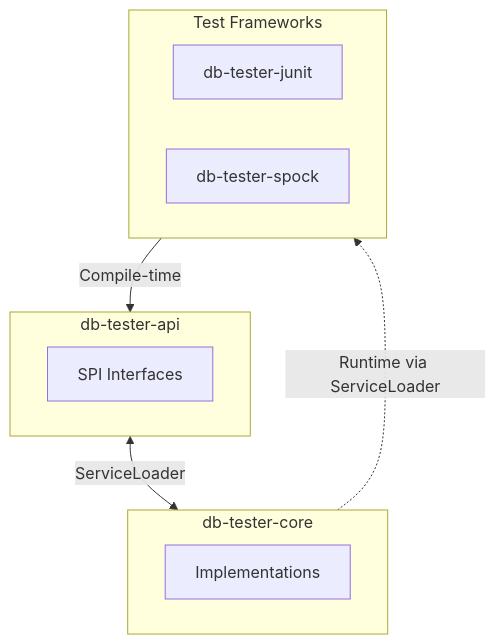
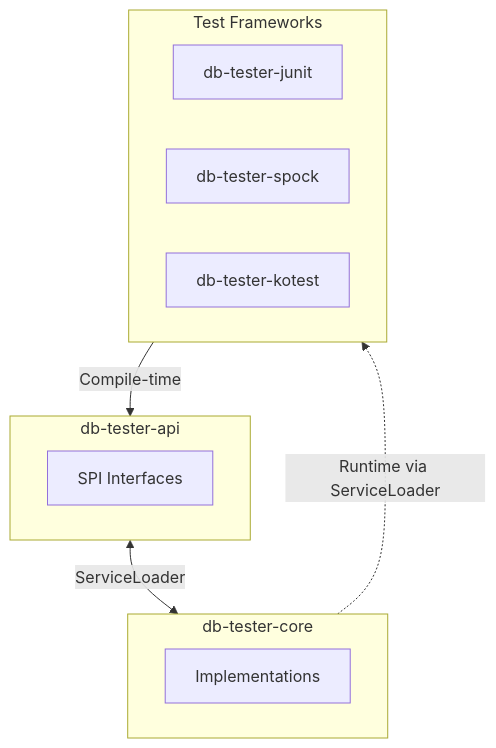
The diagram in docs/specs/08-spi.md (seijikohara/db-tester), drawn with Mermaid before and after one commit. The commit also changed other lines of this file and 288 other files, not shown here.

````diff
--- a/docs/specs/08-spi.md
+++ b/docs/specs/08-spi.md
@@ -10,19 +10,20 @@
 ```mermaid
 flowchart TB
     subgraph API[db-tester-api]
         SPI[SPI Interfaces]
     end
 
     subgraph CORE[db-tester-core]
         IMPL[Implementations]
     end
 
     subgraph Frameworks[Test Frameworks]
         JUNIT[db-tester-junit]
         SPOCK[db-tester-spock]
+        KOTEST[db-tester-kotest]
     end
 
     API <-->|ServiceLoader| CORE
     Frameworks -->|Compile-time| API
     CORE -.->|Runtime via ServiceLoader| Frameworks
 ```
````
